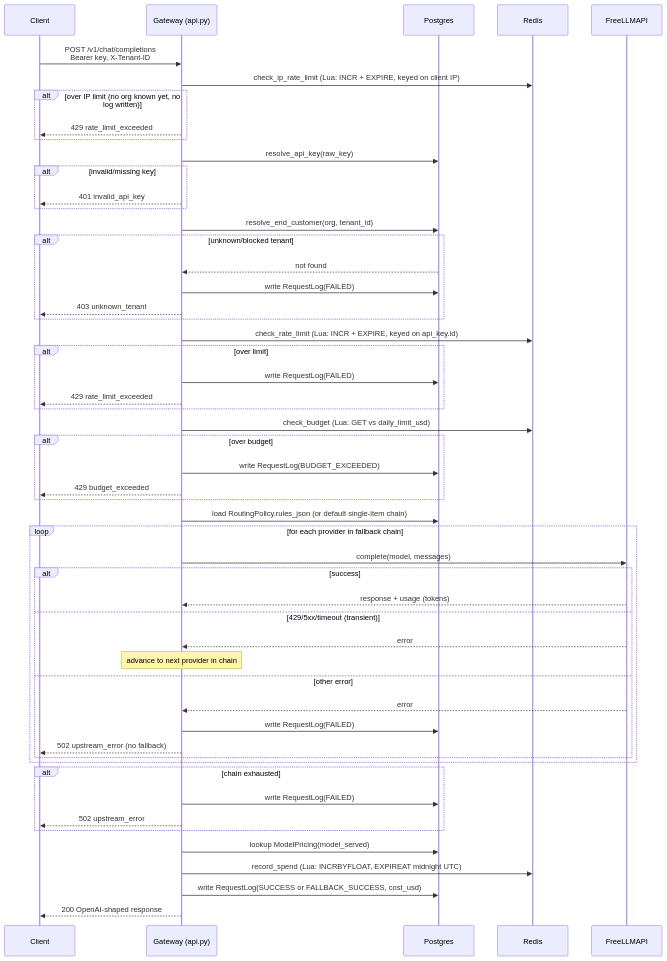
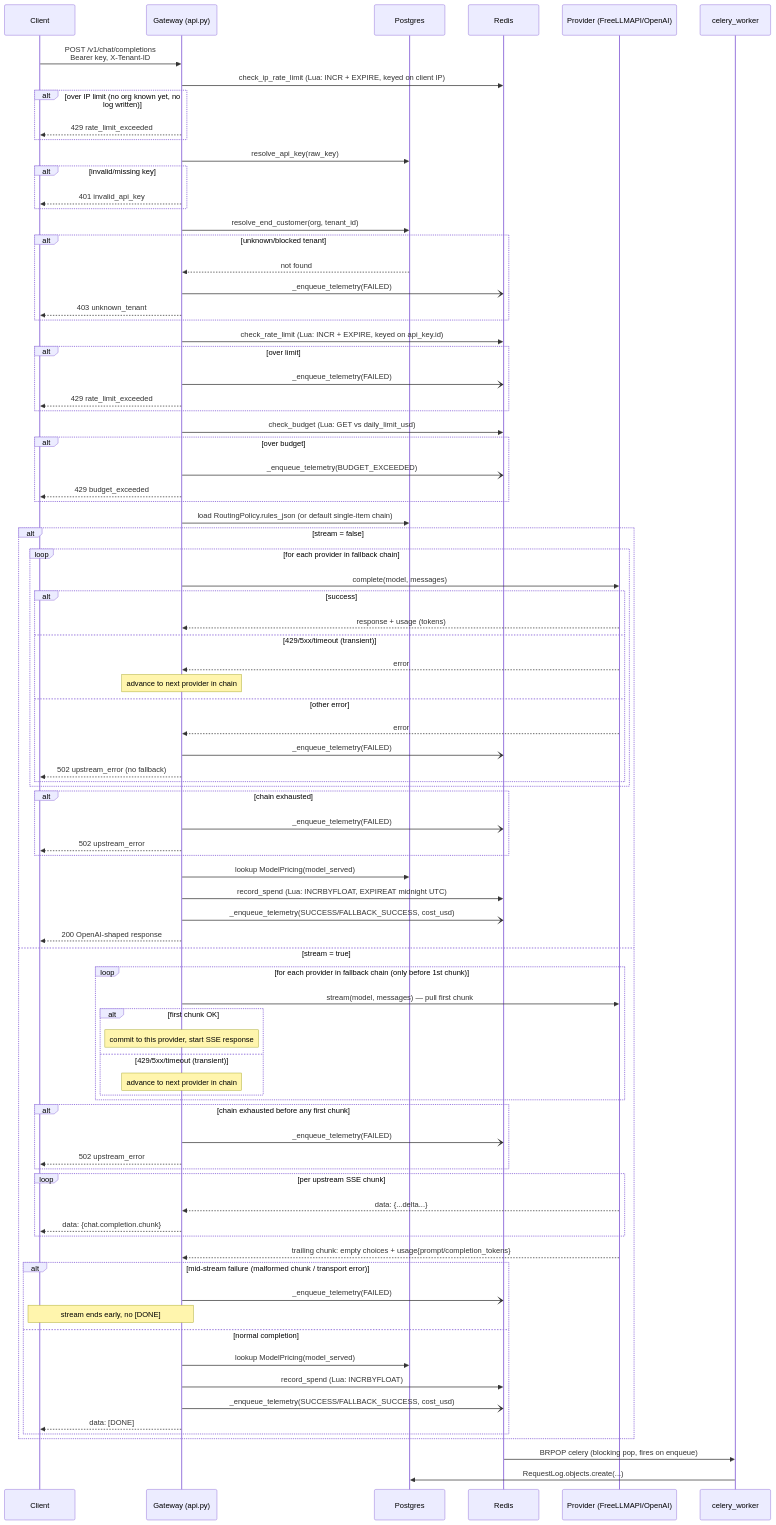
The second of 2 diagrams in README.md (SANAT-01/AetherGate), drawn with Mermaid before and after one commit. The commit also changed other lines of this file, not shown here.

Commit message:
modified readme file

````diff
--- a/README.md
+++ b/README.md
@@ -57,7 +64,8 @@
     participant G as Gateway (api.py)
     participant PG as Postgres
     participant R as Redis
-    participant P as FreeLLMAPI
+    participant P as Provider (FreeLLMAPI/OpenAI)
+    participant W as celery_worker
 
     C->>G: POST /v1/chat/completions<br/>Bearer key, X-Tenant-ID
     G->>R: check_ip_rate_limit (Lua: INCR + EXPIRE, keyed on client IP)
@@ -71,39 +79,72 @@
     G->>PG: resolve_end_customer(org, tenant_id)
     alt unknown/blocked tenant
         PG-->>G: not found
-        G->>PG: write RequestLog(FAILED)
+        G-)R: _enqueue_telemetry(FAILED)
         G-->>C: 403 unknown_tenant
     end
     G->>R: check_rate_limit (Lua: INCR + EXPIRE, keyed on api_key.id)
     alt over limit
-        G->>PG: write RequestLog(FAILED)
+        G-)R: _enqueue_telemetry(FAILED)
         G-->>C: 429 rate_limit_exceeded
     end
     G->>R: check_budget (Lua: GET vs daily_limit_usd)
     alt over budget
-        G->>PG: write RequestLog(BUDGET_EXCEEDED)
+        G-)R: _enqueue_telemetry(BUDGET_EXCEEDED)
         G-->>C: 429 budget_exceeded
     end
     G->>PG: load RoutingPolicy.rules_json (or default single-item chain)
-    loop for each provider in fallback chain
-        G->>P: complete(model, messages)
-        alt success
-            P-->>G: response + usage (tokens)
-        else 429/5xx/timeout (transient)
-            P-->>G: error
-            Note over G: advance to next provider in chain
-        else other error
-            P-->>G: error
-            G->>PG: write RequestLog(FAILED)
-            G-->>C: 502 upstream_error (no fallback)
+
+    alt stream = false
+        loop for each provider in fallback chain
+            G->>P: complete(model, messages)
+            alt success
+                P-->>G: response + usage (tokens)
+            else 429/5xx/timeout (transient)
+                P-->>G: error
+                Note over G: advance to next provider in chain
+            else other error
+                P-->>G: error
+                G-)R: _enqueue_telemetry(FAILED)
+                G-->>C: 502 upstream_error (no fallback)
+            end
+        end
+        alt chain exhausted
+            G-)R: _enqueue_telemetry(FAILED)
+            G-->>C: 502 upstream_error
+        end
+        G->>PG: lookup ModelPricing(model_served)
+        G->>R: record_spend (Lua: INCRBYFLOAT, EXPIREAT midnight UTC)
+        G-)R: _enqueue_telemetry(SUCCESS/FALLBACK_SUCCESS, cost_usd)
+        G-->>C: 200 OpenAI-shaped response
+    else stream = true
+        loop for each provider in fallback chain (only before 1st chunk)
+            G->>P: stream(model, messages) — pull first chunk
+            alt first chunk OK
+                Note over G: commit to this provider, start SSE response
+            else 429/5xx/timeout (transient)
+                Note over G: advance to next provider in chain
+            end
+        end
+        alt chain exhausted before any first chunk
+            G-)R: _enqueue_telemetry(FAILED)
+            G-->>C: 502 upstream_error
+        end
+        loop per upstream SSE chunk
+            P-->>G: data: {...delta...}
+            G-->>C: data: {chat.completion.chunk}
+        end
+        P-->>G: trailing chunk: empty choices + usage{prompt/completion_tokens}
+        alt mid-stream failure (malformed chunk / transport error)
+            G-)R: _enqueue_telemetry(FAILED)
+            Note over G,C: stream ends early, no [DONE]
+        else normal completion
+            G->>PG: lookup ModelPricing(model_served)
+            G->>R: record_spend (Lua: INCRBYFLOAT)
+            G-)R: _enqueue_telemetry(SUCCESS/FALLBACK_SUCCESS, cost_usd)
+            G-->>C: data: [DONE]
         end
     end
-    alt chain exhausted
-        G->>PG: write RequestLog(FAILED)
-        G-->>C: 502 upstream_error
-    end
-    G->>PG: lookup ModelPricing(model_served)
-    G->>R: record_spend (Lua: INCRBYFLOAT, EXPIREAT midnight UTC)
-    G->>PG: write RequestLog(SUCCESS or FALLBACK_SUCCESS, cost_usd)
-    G-->>C: 200 OpenAI-shaped response
+
+    R->>W: BRPOP celery (blocking pop, fires on enqueue)
+    W->>PG: RequestLog.objects.create(...)
 ```
````
